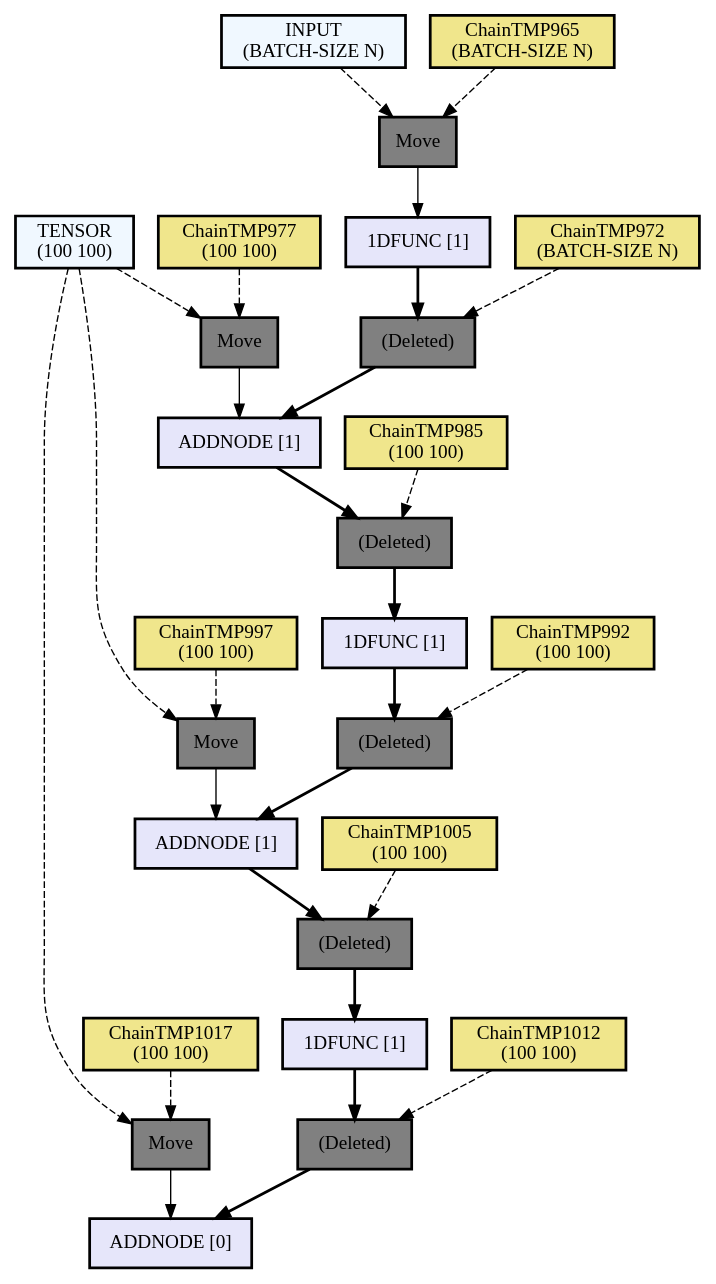
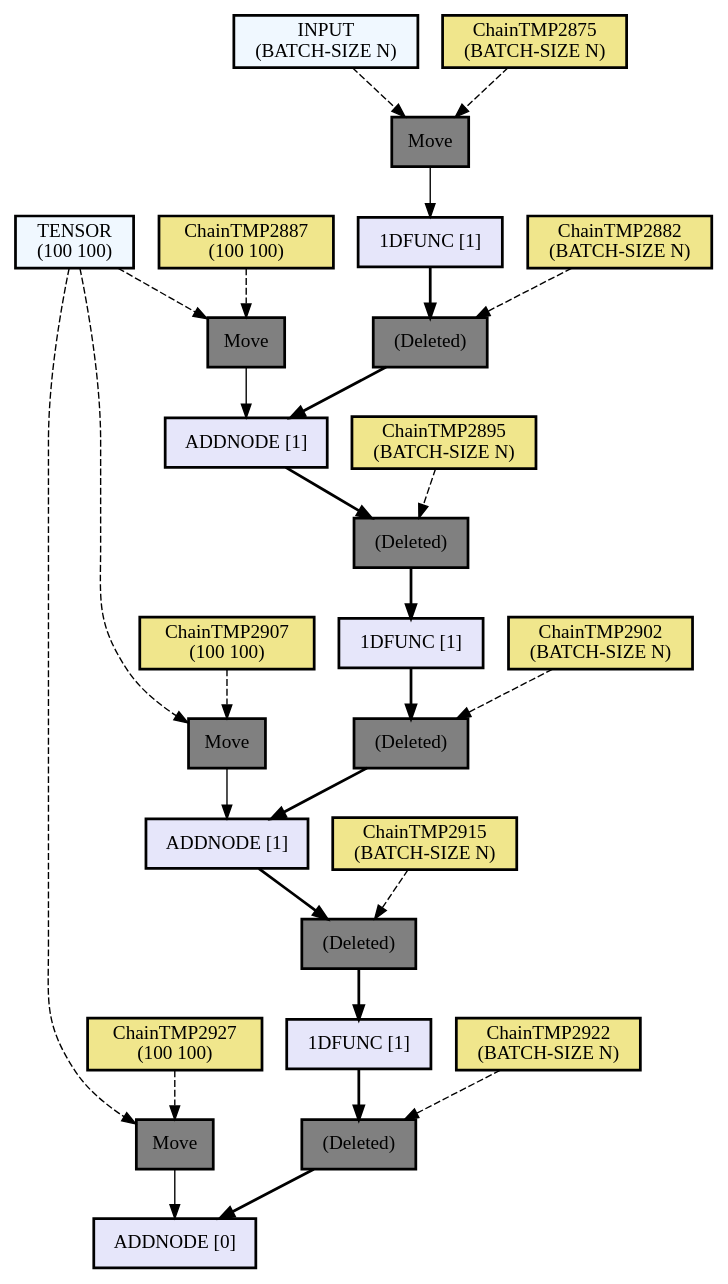
The diagram in assets/out1.dot (hikettei/cl-waffe2), drawn with Graphviz before and after one commit. The commit also changed 10 other files, not shown here.

```diff
--- a/assets/out1.dot
+++ b/assets/out1.dot
@@ -1,71 +1,71 @@
 digraph computation_node {
   node[shape="box" style="filled" color="black" penwidth="2"];
   TENSOR [label = "TENSOR
 (100 100)" fillcolor="#f0f8ff" style="filled, solid"];
-  ChainTMP1017 [label = "ChainTMP1017
+  ChainTMP2927 [label = "ChainTMP2927
 (100 100)" fillcolor="#f0e68c" style="filled, solid"];
-  NODE1061 [label = "Move" fillcolor="gray" style="filled, solid"];
+  NODE2967 [label = "Move" fillcolor="gray" style="filled, solid"];
   TENSOR [label = "TENSOR
 (100 100)" fillcolor="#f0f8ff" style="filled, solid"];
-  ChainTMP997 [label = "ChainTMP997
+  ChainTMP2907 [label = "ChainTMP2907
 (100 100)" fillcolor="#f0e68c" style="filled, solid"];
-  NODE1058 [label = "Move" fillcolor="gray" style="filled, solid"];
+  NODE2964 [label = "Move" fillcolor="gray" style="filled, solid"];
   TENSOR [label = "TENSOR
 (100 100)" fillcolor="#f0f8ff" style="filled, solid"];
-  ChainTMP977 [label = "ChainTMP977
+  ChainTMP2887 [label = "ChainTMP2887
 (100 100)" fillcolor="#f0e68c" style="filled, solid"];
-  NODE1055 [label = "Move" fillcolor="gray" style="filled, solid"];
+  NODE2961 [label = "Move" fillcolor="gray" style="filled, solid"];
   INPUT [label = "INPUT
 (BATCH-SIZE N)" fillcolor="#f0f8ff" style="filled, solid"];
-  ChainTMP965 [label = "ChainTMP965
+  ChainTMP2875 [label = "ChainTMP2875
 (BATCH-SIZE N)" fillcolor="#f0e68c" style="filled, solid"];
-  NODE1052 [label = "Move" fillcolor="gray" style="filled, solid"];
-  NODE1051 [label = "1DFUNC [1]" fillcolor="#e6e6fa" style="filled, solid"];
-  ChainTMP972 [label = "ChainTMP972
+  NODE2958 [label = "Move" fillcolor="gray" style="filled, solid"];
+  NODE2957 [label = "1DFUNC [1]" fillcolor="#e6e6fa" style="filled, solid"];
+  ChainTMP2882 [label = "ChainTMP2882
 (BATCH-SIZE N)" fillcolor="#f0e68c" style="filled, solid"];
-  NODE1049 [label = "(Deleted)" fillcolor="gray" style="filled, solid"];
-  NODE1048 [label = "ADDNODE [1]" fillcolor="#e6e6fa" style="filled, solid"];
-  ChainTMP985 [label = "ChainTMP985
-(100 100)" fillcolor="#f0e68c" style="filled, solid"];
-  NODE1046 [label = "(Deleted)" fillcolor="gray" style="filled, solid"];
-  NODE1045 [label = "1DFUNC [1]" fillcolor="#e6e6fa" style="filled, solid"];
-  ChainTMP992 [label = "ChainTMP992
-(100 100)" fillcolor="#f0e68c" style="filled, solid"];
-  NODE1043 [label = "(Deleted)" fillcolor="gray" style="filled, solid"];
-  NODE1042 [label = "ADDNODE [1]" fillcolor="#e6e6fa" style="filled, solid"];
-  ChainTMP1005 [label = "ChainTMP1005
-(100 100)" fillcolor="#f0e68c" style="filled, solid"];
-  NODE1040 [label = "(Deleted)" fillcolor="gray" style="filled, solid"];
-  NODE1039 [label = "1DFUNC [1]" fillcolor="#e6e6fa" style="filled, solid"];
-  ChainTMP1012 [label = "ChainTMP1012
-(100 100)" fillcolor="#f0e68c" style="filled, solid"];
-  NODE1037 [label = "(Deleted)" fillcolor="gray" style="filled, solid"];
-  NODE1036 [label = "ADDNODE [0]" fillcolor="#e6e6fa" style="filled, solid"];
-  NODE1037 -> NODE1036[penwidth="2"];
-  ChainTMP1012 -> NODE1037[style="dashed"];
-  NODE1039 -> NODE1037[penwidth="2"];
-  NODE1040 -> NODE1039[penwidth="2"];
-  ChainTMP1005 -> NODE1040[style="dashed"];
-  NODE1042 -> NODE1040[penwidth="2"];
-  NODE1043 -> NODE1042[penwidth="2"];
-  ChainTMP992 -> NODE1043[style="dashed"];
-  NODE1045 -> NODE1043[penwidth="2"];
-  NODE1046 -> NODE1045[penwidth="2"];
-  ChainTMP985 -> NODE1046[style="dashed"];
-  NODE1048 -> NODE1046[penwidth="2"];
-  NODE1049 -> NODE1048[penwidth="2"];
-  ChainTMP972 -> NODE1049[style="dashed"];
-  NODE1051 -> NODE1049[penwidth="2"];
-  NODE1052 -> NODE1051[weight=10];
-  ChainTMP965 -> NODE1052[style="dashed"];
-  INPUT -> NODE1052[style="dashed"];
-  NODE1055 -> NODE1048[weight=10];
-  ChainTMP977 -> NODE1055[style="dashed"];
-  TENSOR -> NODE1055[style="dashed"];
-  NODE1058 -> NODE1042[weight=10];
-  ChainTMP997 -> NODE1058[style="dashed"];
-  TENSOR -> NODE1058[style="dashed"];
-  NODE1061 -> NODE1036[weight=10];
-  ChainTMP1017 -> NODE1061[style="dashed"];
-  TENSOR -> NODE1061[style="dashed"];
+  NODE2955 [label = "(Deleted)" fillcolor="gray" style="filled, solid"];
+  NODE2954 [label = "ADDNODE [1]" fillcolor="#e6e6fa" style="filled, solid"];
+  ChainTMP2895 [label = "ChainTMP2895
+(BATCH-SIZE N)" fillcolor="#f0e68c" style="filled, solid"];
+  NODE2952 [label = "(Deleted)" fillcolor="gray" style="filled, solid"];
+  NODE2951 [label = "1DFUNC [1]" fillcolor="#e6e6fa" style="filled, solid"];
+  ChainTMP2902 [label = "ChainTMP2902
+(BATCH-SIZE N)" fillcolor="#f0e68c" style="filled, solid"];
+  NODE2949 [label = "(Deleted)" fillcolor="gray" style="filled, solid"];
+  NODE2948 [label = "ADDNODE [1]" fillcolor="#e6e6fa" style="filled, solid"];
+  ChainTMP2915 [label = "ChainTMP2915
+(BATCH-SIZE N)" fillcolor="#f0e68c" style="filled, solid"];
+  NODE2946 [label = "(Deleted)" fillcolor="gray" style="filled, solid"];
+  NODE2945 [label = "1DFUNC [1]" fillcolor="#e6e6fa" style="filled, solid"];
+  ChainTMP2922 [label = "ChainTMP2922
+(BATCH-SIZE N)" fillcolor="#f0e68c" style="filled, solid"];
+  NODE2943 [label = "(Deleted)" fillcolor="gray" style="filled, solid"];
+  NODE2942 [label = "ADDNODE [0]" fillcolor="#e6e6fa" style="filled, solid"];
+  NODE2943 -> NODE2942[penwidth="2"];
+  ChainTMP2922 -> NODE2943[style="dashed"];
+  NODE2945 -> NODE2943[penwidth="2"];
+  NODE2946 -> NODE2945[penwidth="2"];
+  ChainTMP2915 -> NODE2946[style="dashed"];
+  NODE2948 -> NODE2946[penwidth="2"];
+  NODE2949 -> NODE2948[penwidth="2"];
+  ChainTMP2902 -> NODE2949[style="dashed"];
+  NODE2951 -> NODE2949[penwidth="2"];
+  NODE2952 -> NODE2951[penwidth="2"];
+  ChainTMP2895 -> NODE2952[style="dashed"];
+  NODE2954 -> NODE2952[penwidth="2"];
+  NODE2955 -> NODE2954[penwidth="2"];
+  ChainTMP2882 -> NODE2955[style="dashed"];
+  NODE2957 -> NODE2955[penwidth="2"];
+  NODE2958 -> NODE2957[weight=10];
+  ChainTMP2875 -> NODE2958[style="dashed"];
+  INPUT -> NODE2958[style="dashed"];
+  NODE2961 -> NODE2954[weight=10];
+  ChainTMP2887 -> NODE2961[style="dashed"];
+  TENSOR -> NODE2961[style="dashed"];
+  NODE2964 -> NODE2948[weight=10];
+  ChainTMP2907 -> NODE2964[style="dashed"];
+  TENSOR -> NODE2964[style="dashed"];
+  NODE2967 -> NODE2942[weight=10];
+  ChainTMP2927 -> NODE2967[style="dashed"];
+  TENSOR -> NODE2967[style="dashed"];
 }
```
